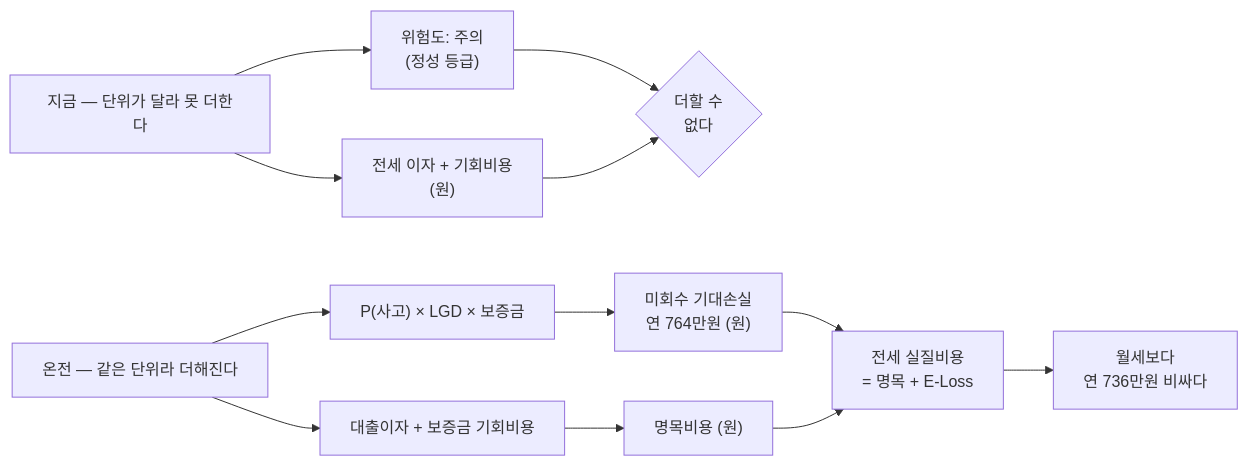
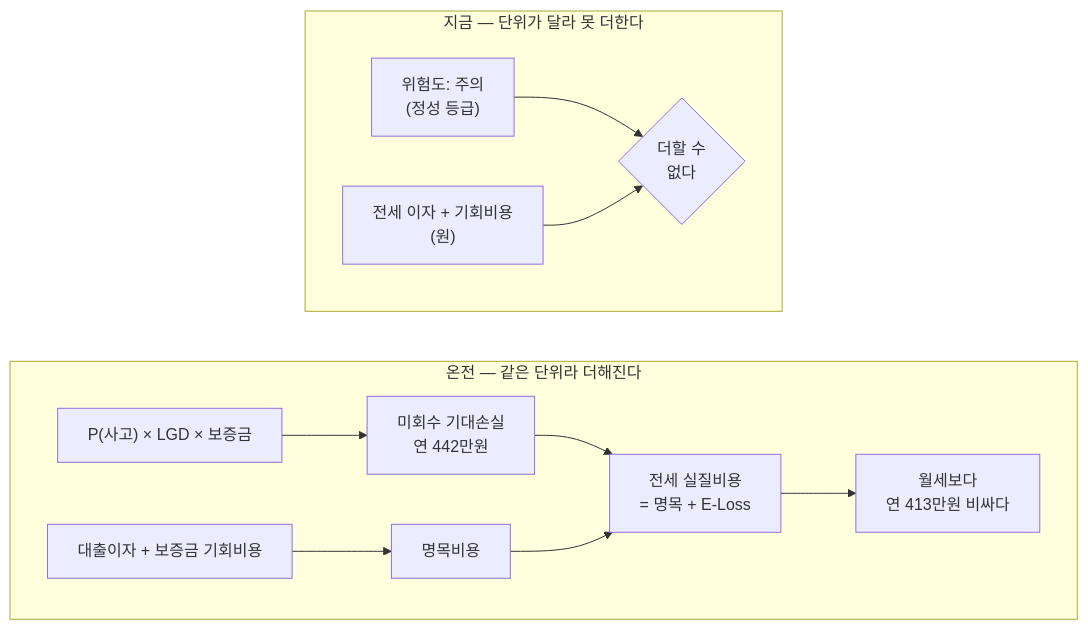
One commit to Daegyu519/onjeon changed the first of 3 diagrams in docs/summary.md. Above: the diagram before and after it, drawn with Mermaid. The commit also changed other lines of this file and 7 other files, not shown here.

````diff
--- a/docs/summary.md
+++ b/docs/summary.md
@@ -95,15 +120,18 @@
 ```mermaid page=landscape title="등급은 못 더하고, 기대손실은 더해진다"
 graph LR
-    N0["지금 — 단위가 달라 못 더한다"] --> A
-    N0 --> B
-    A["위험도: 주의<br/>(정성 등급)"] --> X{"더할 수<br/>없다"}
-    B["전세 이자 + 기회비용<br/>(원)"] --> X
+%% 서브그래프는 선언 역순으로 쌓인다 — '지금'을 위에 두려고 '온전'을 먼저 적었다.
+    subgraph ONJEON["온전 — 같은 단위라 더해진다"]
+        direction LR
+        C["P(사고) × LGD × 보증금"] --> D["미회수 기대손실<br/>연 442만원"]
+        E["대출이자 + 보증금 기회비용"] --> F["명목비용"]
+        D --> G["전세 실질비용<br/>= 명목 + E-Loss"]
+        F --> G
+        G --> H["월세보다<br/>연 413만원 비싸다"]
+    end
 
-    M0["온전 — 같은 단위라 더해진다"] --> C
-    M0 --> E
-    C["P(사고) × LGD × 보증금"] --> D["미회수 기대손실<br/>연 764만원 (원)"]
-    E["대출이자 + 보증금 기회비용"] --> F["명목비용 (원)"]
-    D --> G["전세 실질비용<br/>= 명목 + E-Loss"]
-    F --> G
-    G --> H["월세보다<br/>연 736만원 비싸다"]
+    subgraph NOW["지금 — 단위가 달라 못 더한다"]
+        direction LR
+        A["위험도: 주의<br/>(정성 등급)"] --> X{"더할 수<br/>없다"}
+        B["전세 이자 + 기회비용<br/>(원)"] --> X
+    end
 ```
````
